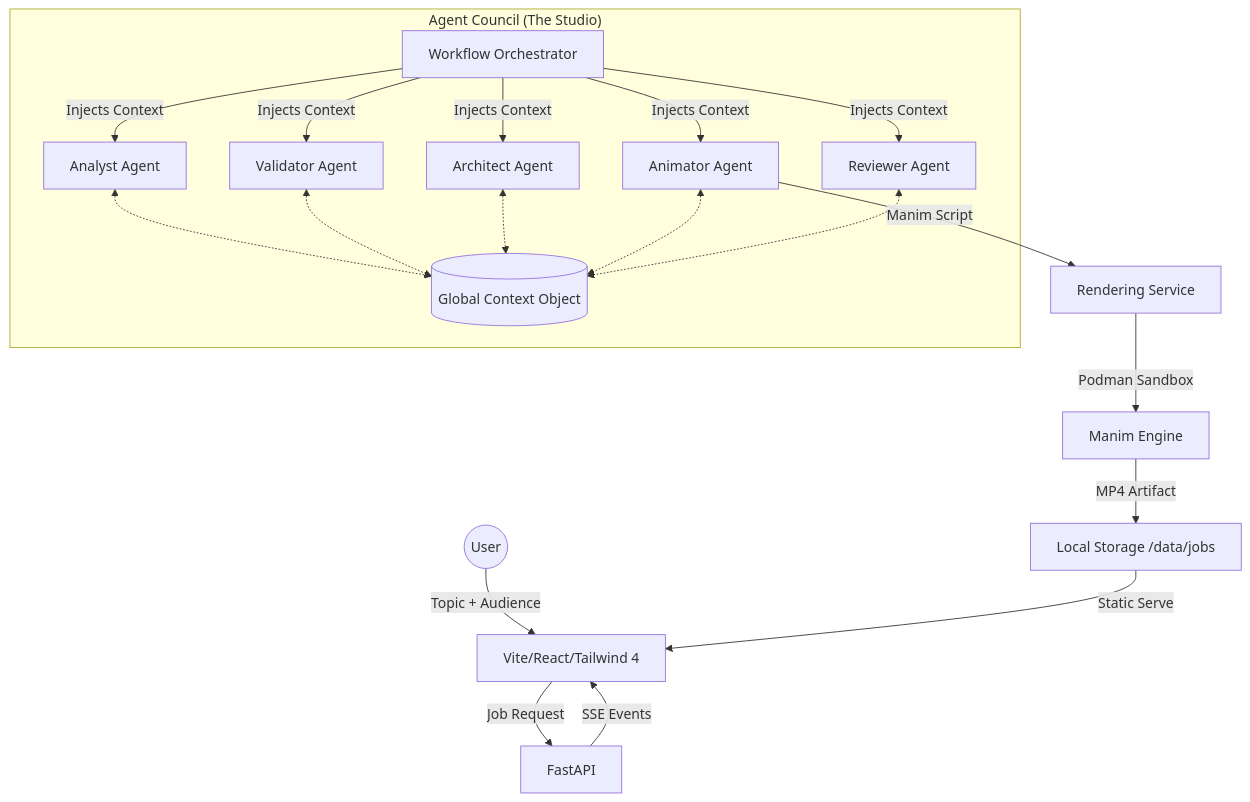
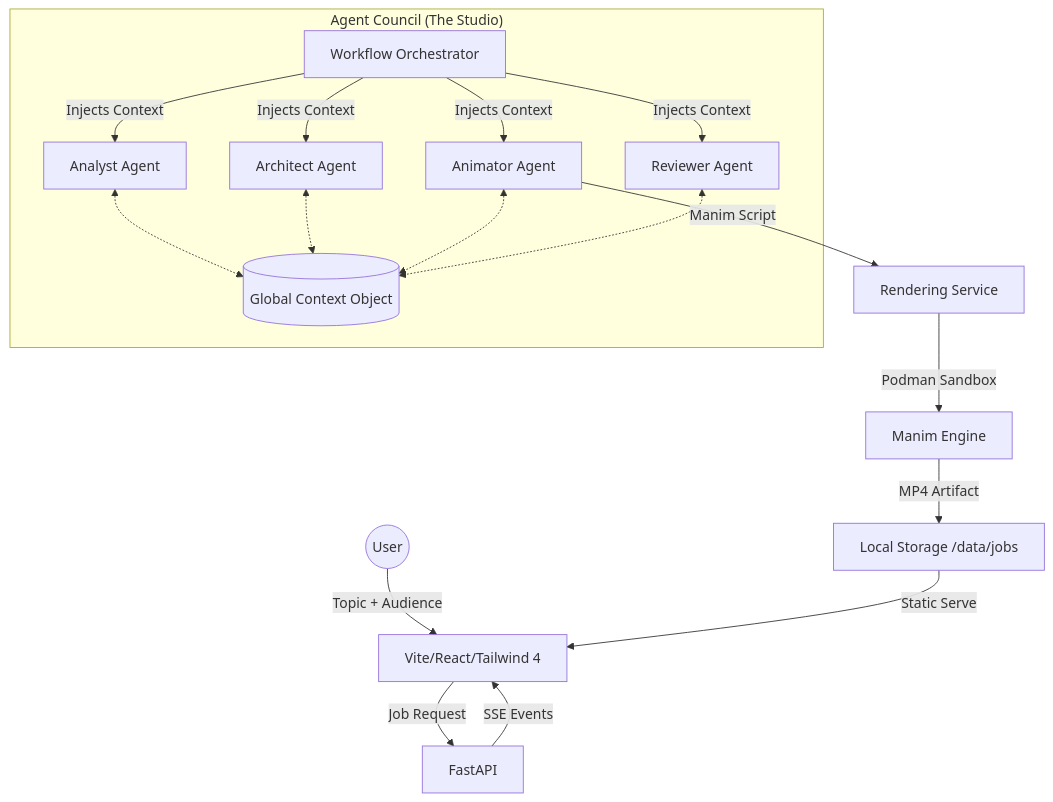
Before and after one commit to jdluu/ConceptCast: the diagram in docs/wiki/Architecture.md, drawn with Mermaid. The commit also changed 3 other files, not shown here.

````diff
--- a/docs/wiki/Architecture.md
+++ b/docs/wiki/Architecture.md
@@ -9,28 +9,26 @@
 ```mermaid
 graph TD
     User((User)) -- "Topic + Audience" --> Frontend[Vite/React/Tailwind 4]
     Frontend -- "Job Request" --> Backend[FastAPI]
     
     subgraph "Agent Council (The Studio)"
         GCO[(Global Context Object)]
         
         Orchestrator[Workflow Orchestrator] -- "Injects Context" --> Analyst[Analyst Agent]
-        Orchestrator -- "Injects Context" --> Validator[Validator Agent]
         Orchestrator -- "Injects Context" --> Architect[Architect Agent]
         Orchestrator -- "Injects Context" --> Animator[Animator Agent]
         Orchestrator -- "Injects Context" --> Reviewer[Reviewer Agent]
         
         Analyst <-.-> GCO
-        Validator <-.-> GCO
         Architect <-.-> GCO
         Animator <-.-> GCO
         Reviewer <-.-> GCO
     end
     
     Animator -- "Manim Script" --> Renderer[Rendering Service]
     Renderer -- "Podman Sandbox" --> Manim[Manim Engine]
     Manim -- "MP4 Artifact" --> Storage[Local Storage /data/jobs]
     
     Backend -- "SSE Events" --> Frontend
     Storage -- "Static Serve" --> Frontend
 ```
````
